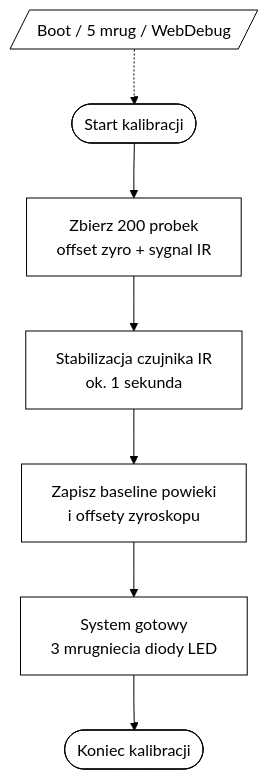
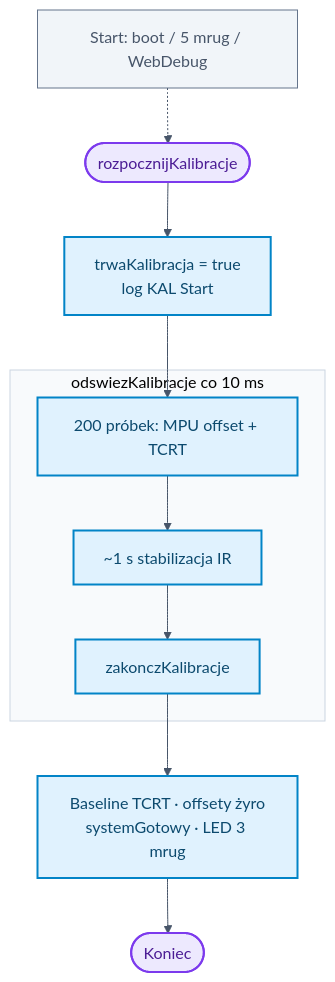
Before and after one commit to bartkadres-ai/HEFAS-4.0: the sixth of 10 diagrams in README.md, drawn with Mermaid. The commit also changed other lines of this file, not shown here.

````diff
--- a/README.md
+++ b/README.md
@@ -432,10 +480,24 @@
 ```mermaid
-%%{init: {'theme':'base','themeVariables':{'background':'#ffffff','mainBkg':'#ffffff','primaryColor':'#ffffff','primaryTextColor':'#000000','primaryBorderColor':'#000000','lineColor':'#000000','edgeLabelBackground':'#ffffff'},'flowchart':{'curve':'linear','nodeSpacing':35,'rankSpacing':55}}}%%
+%%{init: {'theme':'base','themeVariables':{'background':'#ffffff','mainBkg':'#ffffff','primaryColor':'#ffffff','primaryTextColor':'#1e293b','primaryBorderColor':'#64748b','lineColor':'#475569','clusterBkg':'#f8fafc','clusterBorder':'#cbd5e1','edgeLabelBackground':'#ffffff'},'flowchart':{'curve':'basis','nodeSpacing':35,'rankSpacing':55}}}%%
 flowchart TD
-    T1[/Boot / 5 mrug / WebDebug/] -.-> A
-    A([Start kalibracji]) --> B[Zbierz 200 probek<br/>offset zyro + sygnal IR]
-    B --> C[Stabilizacja czujnika IR<br/>ok. 1 sekunda]
-    C --> D[Zapisz baseline powieki<br/>i offsety zyroskopu]
-    D --> E[System gotowy<br/>3 mrugniecia diody LED]
-    E --> F([Koniec kalibracji])
+    KTRIG["Start: boot / 5 mrug / WebDebug"] -.-> K0
+    K0([rozpocznijKalibracje]) --> K1["trwaKalibracja = true<br/>log KAL Start"]
+    K1 --> T1
+
+    subgraph TICK["odswiezKalibracje co 10 ms"]
+        T1["200 próbek: MPU offset + TCRT"]
+        T2["~1 s stabilizacja IR"]
+        T3[zakonczKalibracje]
+        T1 --> T2 --> T3
+    end
+
+    T3 --> K4["Baseline TCRT · offsety żyro<br/>systemGotowy · LED 3 mrug"]
+    K4 --> KON([Koniec])
+
+    classDef startEnd fill:#ede9fe,stroke:#7c3aed,stroke-width:2px,color:#4c1d95
+    classDef process fill:#e0f2fe,stroke:#0284c7,stroke-width:2px,color:#0c4a6e
+    classDef trigger fill:#f1f5f9,stroke:#64748b,stroke-width:1px,color:#475569
+    class K0,KON startEnd
+    class K1,T1,T2,T3,K4 process
+    class KTRIG trigger
 ```
````
